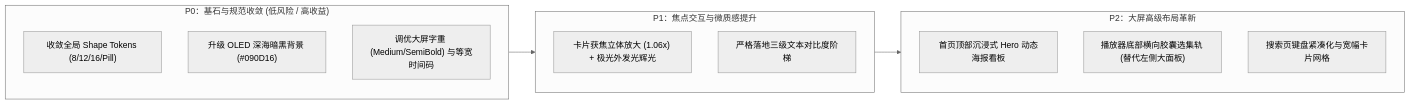
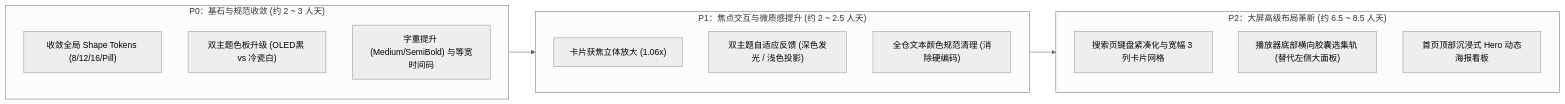
The diagram in docs/UI优化设计建议.md (wwwtwww/BTV), drawn with Mermaid (neutral theme) before and after one commit. The commit also changed other lines of this file, not shown here.

````diff
--- a/docs/UI优化设计建议.md
+++ b/docs/UI优化设计建议.md
@@ -107,24 +113,25 @@
 ```mermaid
 flowchart LR
-    subgraph P0["P0：基石与规范收敛 (低风险 / 高收益)"]
+    subgraph P0["P0：基石与规范收敛 (约 2 ~ 3 人天)"]
         direction TB
         A1["收敛全局 Shape Tokens (8/12/16/Pill)"]
-        A2["升级 OLED 深海暗黑背景 (#090D16)"]
-        A3["调优大屏字重 (Medium/SemiBold) 与等宽时间码"]
+        A2["双主题色板升级 (OLED黑 vs 冷瓷白)"]
+        A3["字重提升 (Medium/SemiBold) 与等宽时间码"]
     end
 
-    subgraph P1["P1：焦点交互与微质感提升"]
+    subgraph P1["P1：焦点交互与微质感提升 (约 2 ~ 2.5 人天)"]
         direction TB
-        B1["卡片获焦立体放大 (1.06x) + 极光外发光辉光"]
-        B2["严格落地三级文本对比度阶梯"]
+        B1["卡片获焦立体放大 (1.06x)"]
+        B2["双主题自适应反馈 (深色发光 / 浅色投影)"]
+        B3["全仓文本颜色规范清理 (消除硬编码)"]
     end
 
-    subgraph P2["P2：大屏高级布局革新"]
+    subgraph P2["P2：大屏高级布局革新 (约 6.5 ~ 8.5 人天)"]
         direction TB
-        C1["首页顶部沉浸式 Hero 动态海报看板"]
+        C1["搜索页键盘紧凑化与宽幅 3 列卡片网格"]
         C2["播放器底部横向胶囊选集轨 (替代左侧大面板)"]
-        C3["搜索页键盘紧凑化与宽幅卡片网格"]
+        C3["首页顶部沉浸式 Hero 动态海报看板"]
     end
 
     P0 --> P1 --> P2
 ```
````
